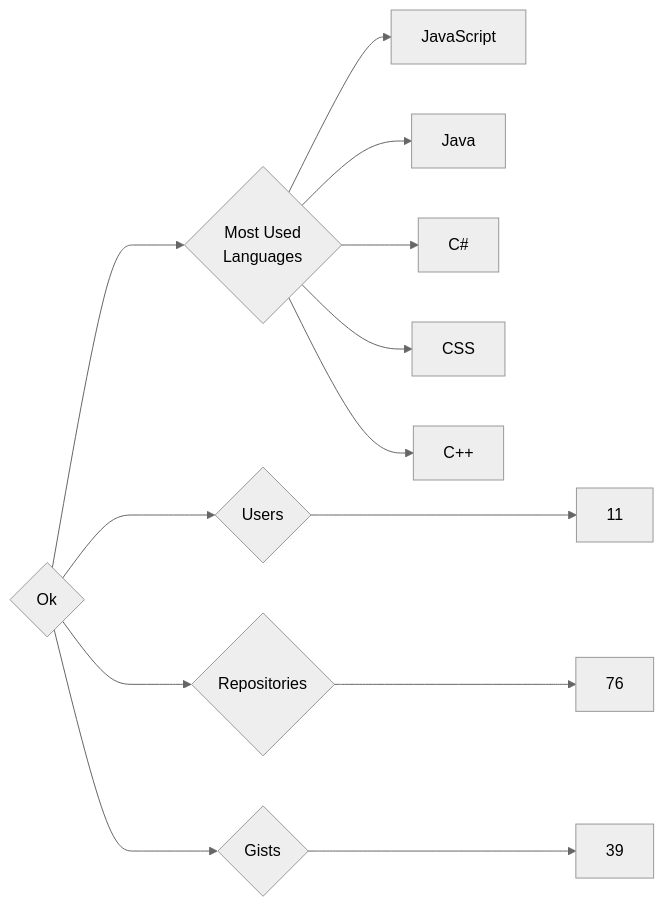
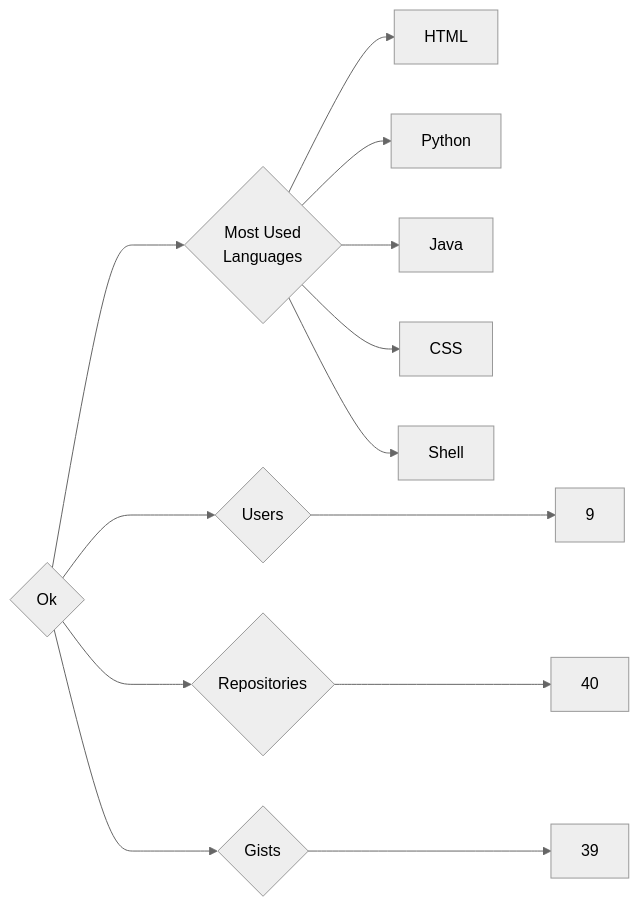
One commit to trickest/insiders changed the diagram in targets/Ok/README.md. Above: the diagram before and after it, drawn with Mermaid (neutral theme). The commit also changed 770 other files, not shown here.

````diff
--- a/targets/Ok/README.md
+++ b/targets/Ok/README.md
@@ -3,13 +3,13 @@
 ```mermaid
 graph LR
 COMPANY_NAME{Ok}
-COMPANY_NAME ---> U{Users} ---> UN[11]
-COMPANY_NAME ---> R{Repositories} ---> RN[76]
+COMPANY_NAME ---> U{Users} ---> UN[9]
+COMPANY_NAME ---> R{Repositories} ---> RN[40]
 COMPANY_NAME ---> G{Gists} ---> GN[39]
 COMPANY_NAME ---> ML{Most Used<br>Languages}
-ML --> JavaScript[JavaScript]
+ML --> HTML[HTML]
+ML --> Python[Python]
 ML --> Java[Java]
-ML --> C#[C#]
 ML --> CSS[CSS]
-ML --> C++[C++]
+ML --> Shell[Shell]
 ```
````
